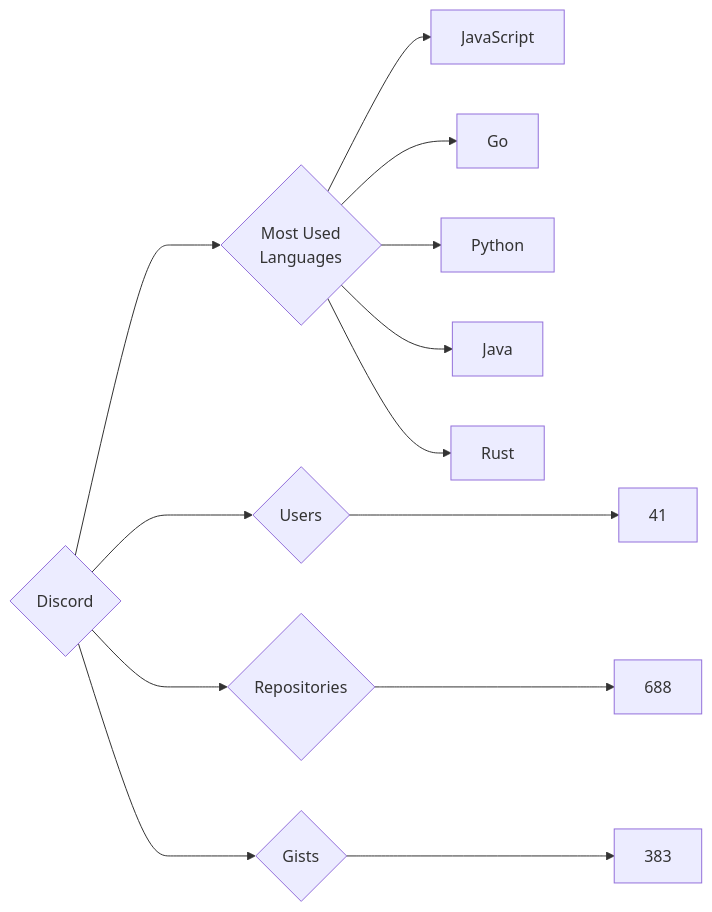
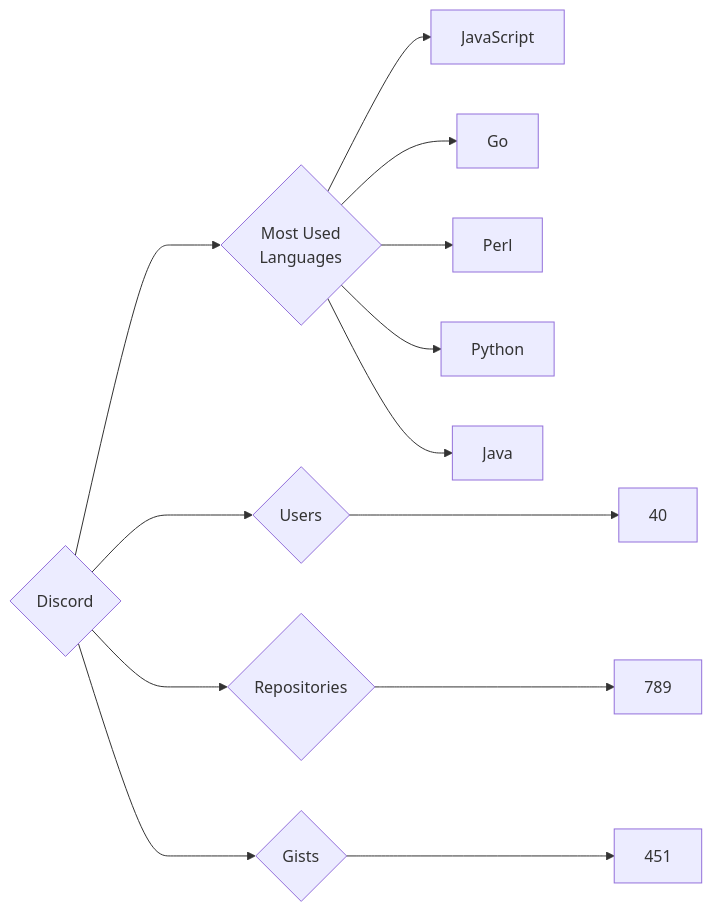
One commit to trickest/insiders changed the diagram in targets/Discord/README.md. Above: the diagram before and after it, drawn with Mermaid. The commit also changed 951 other files, not shown here.

````diff
--- a/targets/Discord/README.md
+++ b/targets/Discord/README.md
@@ -3,13 +3,13 @@
 ```mermaid
 graph LR
 COMPANY_NAME{Discord}
-COMPANY_NAME ---> U{Users} ---> UN[41]
-COMPANY_NAME ---> R{Repositories} ---> RN[688]
-COMPANY_NAME ---> G{Gists} ---> GN[383]
+COMPANY_NAME ---> U{Users} ---> UN[40]
+COMPANY_NAME ---> R{Repositories} ---> RN[789]
+COMPANY_NAME ---> G{Gists} ---> GN[451]
 COMPANY_NAME ---> ML{Most Used<br>Languages}
-ML --> JavaScript
-ML --> Go
-ML --> Python
-ML --> Java
-ML --> Rust
+ML --> JavaScript[JavaScript]
+ML --> Go[Go]
+ML --> Perl[Perl]
+ML --> Python[Python]
+ML --> Java[Java]
 ```
````
